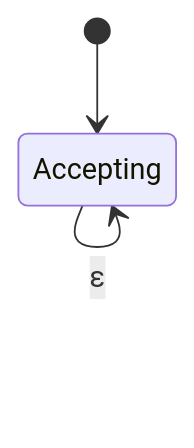
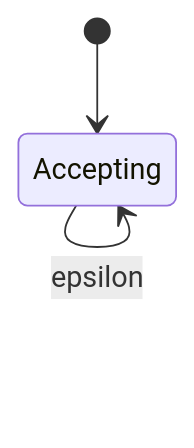
Before and after one commit to manishkumar8312/CS-Fundamentals: the fourth of 8 diagrams in Theory Of Computation/Ch02 - Finite Automata.md, drawn with Mermaid. The commit also changed other lines of this file, not shown here.

````diff
--- a/Theory Of Computation/Ch02 - Finite Automata.md
+++ b/Theory Of Computation/Ch02 - Finite Automata.md
@@ -121,7 +119,7 @@
 ```mermaid
 stateDiagram-v2
     [*] --> q0
     q0 --> q0 : a
     q0 : Accepting
-    q0 --> q0 : ε
+    q0 --> q0 : epsilon
 ```
````
